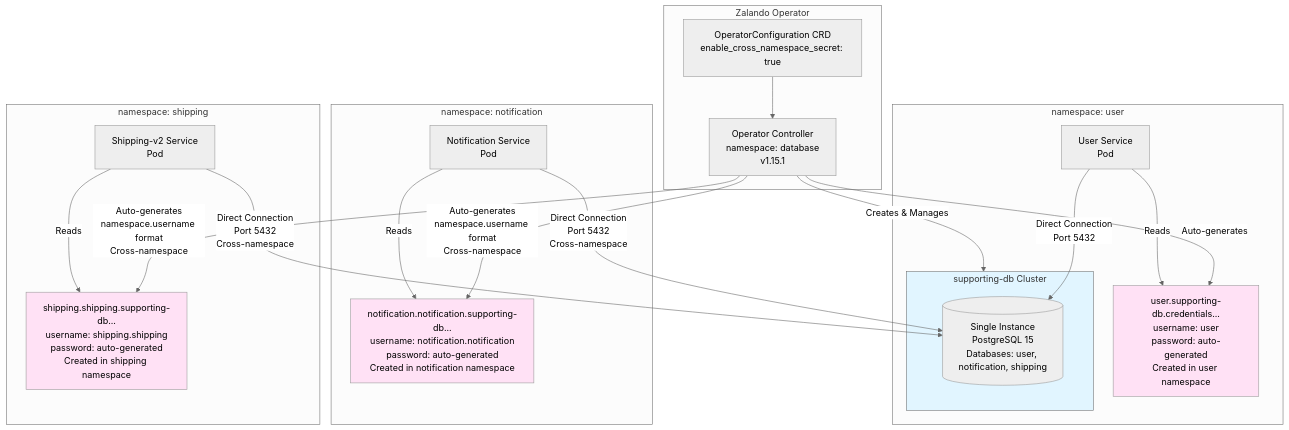
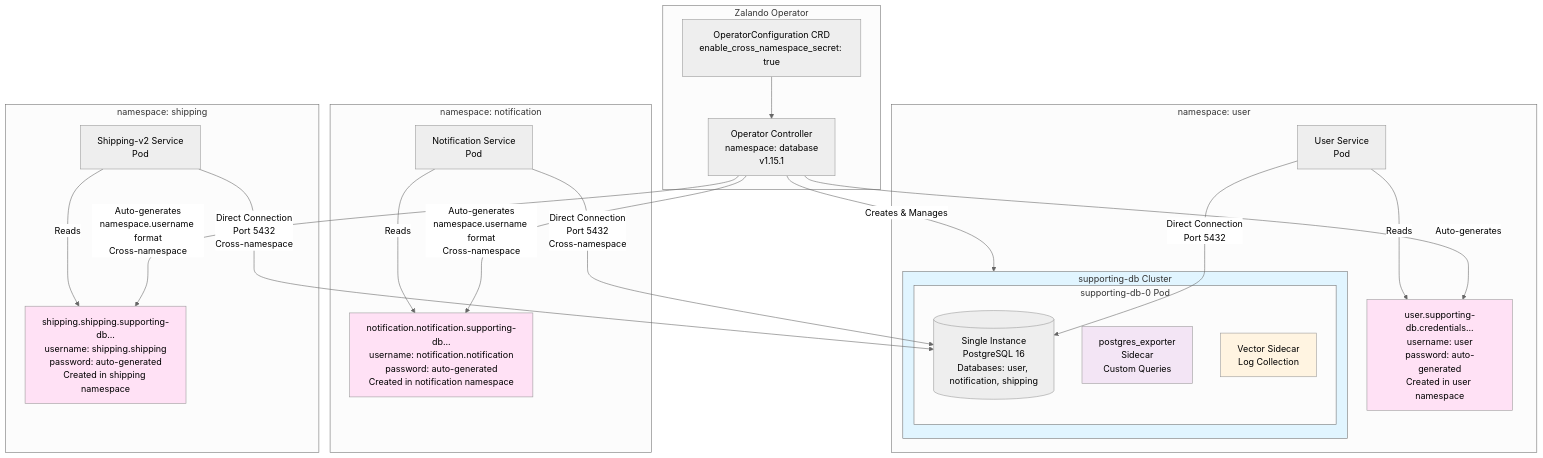
One commit to duynhlab/homelab changed the sixth of 7 diagrams in docs/guides/DATABASE.md. Above: the diagram before and after it, drawn with Mermaid (neutral theme). The commit also changed other lines of this file and 2 other files, not shown here.

````diff
--- a/docs/guides/DATABASE.md
+++ b/docs/guides/DATABASE.md
@@ -867,49 +926,55 @@
 ```mermaid
 flowchart TB
     subgraph UserNS["namespace: user"]
         UserSvc[User Service<br/>Pod]
         
         subgraph SupportingDB["supporting-db Cluster"]
-            Instance[(Single Instance<br/>PostgreSQL 15<br/>Databases: user, notification, shipping)]
+            subgraph SupportingDBPod["supporting-db-0 Pod"]
+                Instance[(Single Instance<br/>PostgreSQL 16<br/>Databases: user, notification, shipping)]
+                Exporter[postgres_exporter<br/>Sidecar<br/>Custom Queries]
+                Vector[Vector Sidecar<br/>Log Collection]
+            end
         end
         
         UserSecret[user.supporting-db.credentials...<br/>username: user<br/>password: auto-generated<br/>Created in user namespace]
     end
     
     subgraph NotificationNS["namespace: notification"]
         NotificationSvc[Notification Service<br/>Pod]
         
         NotifSecret[notification.notification.supporting-db...<br/>username: notification.notification<br/>password: auto-generated<br/>Created in notification namespace]
     end
     
     subgraph ShippingNS["namespace: shipping"]
         ShippingSvc[Shipping-v2 Service<br/>Pod]
         
         ShippingSecret[shipping.shipping.supporting-db...<br/>username: shipping.shipping<br/>password: auto-generated<br/>Created in shipping namespace]
     end
     
     subgraph ZalandoOp["Zalando Operator"]
         Operator[Operator Controller<br/>namespace: database<br/>v1.15.1]
         Config[OperatorConfiguration CRD<br/>enable_cross_namespace_secret: true]
     end
     
     Config --> Operator
     Operator -->|Creates & Manages| SupportingDB
     Operator -->|Auto-generates| UserSecret
     Operator -->|Auto-generates<br/>namespace.username format<br/>Cross-namespace| NotifSecret
     Operator -->|Auto-generates<br/>namespace.username format<br/>Cross-namespace| ShippingSecret
     
     UserSvc -->|Reads| UserSecret
     UserSvc -->|Direct Connection<br/>Port 5432| Instance
     
     NotificationSvc -->|Reads| NotifSecret
     NotificationSvc -->|Direct Connection<br/>Port 5432<br/>Cross-namespace| Instance
     
     ShippingSvc -->|Reads| ShippingSecret
     ShippingSvc -->|Direct Connection<br/>Port 5432<br/>Cross-namespace| Instance
     
     style SupportingDB fill:#e1f5ff
     style UserSecret fill:#ffe1f5
     style NotifSecret fill:#ffe1f5
     style ShippingSecret fill:#ffe1f5
+    style Exporter fill:#f3e5f5
+    style Vector fill:#fff4e1
 ```
````
